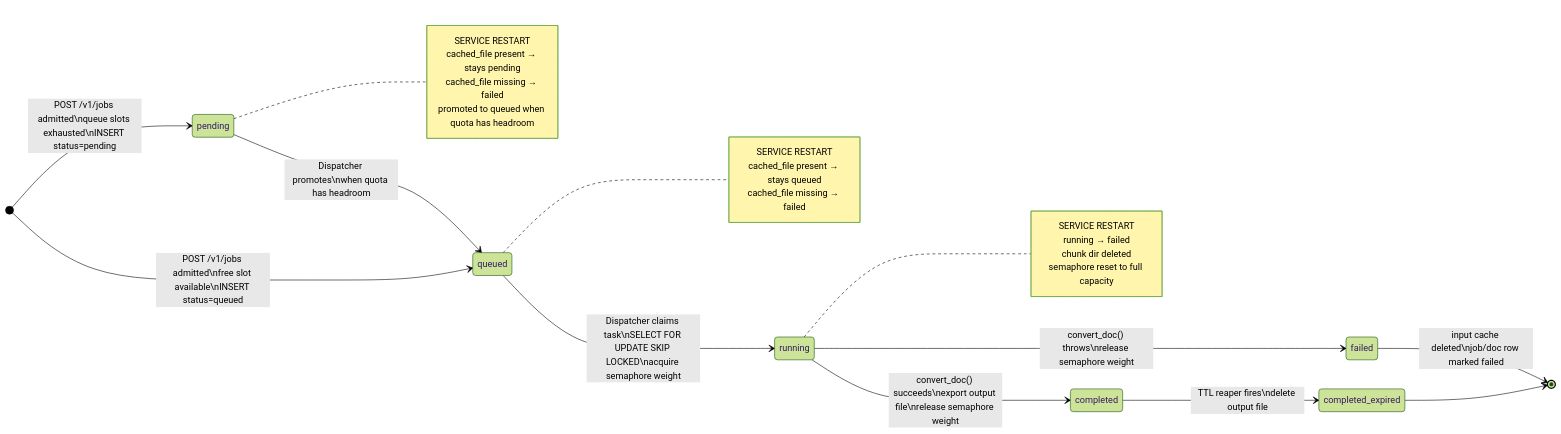
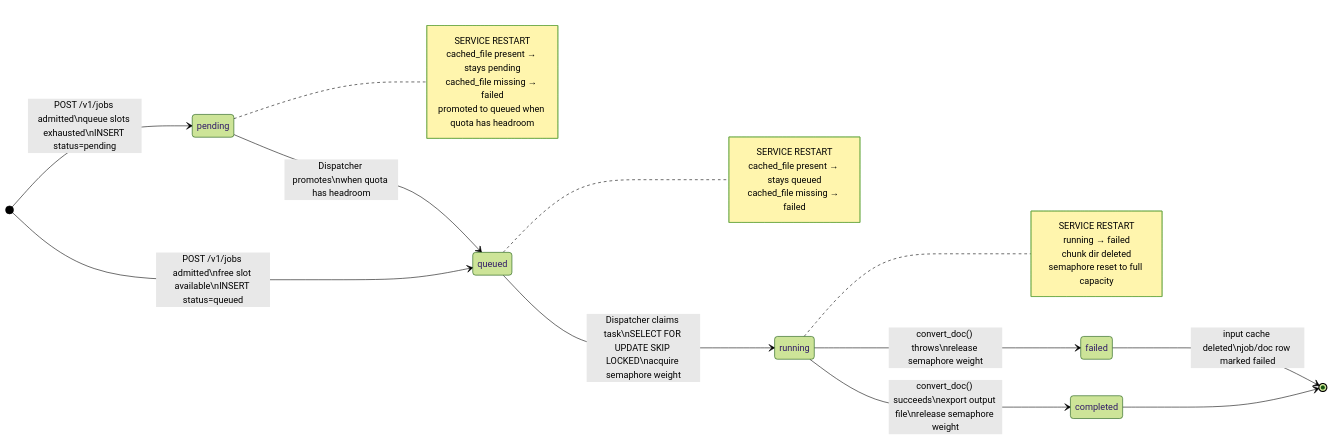
One commit to IBM/project-ai-services changed the sixth of 6 diagrams in docs/proposals/docling_conversion_queue.md. Above: the diagram before and after it, drawn with Mermaid (forest theme). The commit also changed other lines of this file, not shown here.

````diff
--- a/docs/proposals/docling_conversion_queue.md
+++ b/docs/proposals/docling_conversion_queue.md
@@ -1072,41 +1201,39 @@
 ```mermaid
 stateDiagram-v2
     direction LR
 
     [*] --> pending : POST /v1/jobs admitted\nqueue slots exhausted\nINSERT status=pending
 
     [*] --> queued : POST /v1/jobs admitted\nfree slot available\nINSERT status=queued
 
     pending --> queued : Dispatcher promotes\nwhen quota has headroom
 
     queued --> running : Dispatcher claims task\nSELECT FOR UPDATE SKIP LOCKED\nacquire semaphore weight
 
     running --> completed : convert_doc() succeeds\nexport output file\nrelease semaphore weight
 
     running --> failed : convert_doc() throws\nrelease semaphore weight
 
-    completed --> completed_expired : TTL reaper fires\ndelete output file
-
-    completed_expired --> [*]
+    completed --> [*]
     failed --> [*] : input cache deleted\njob/doc row marked failed
 
     note right of running
         SERVICE RESTART
         running → failed
         chunk dir deleted
         semaphore reset to full capacity
     end note
 
     note right of queued
         SERVICE RESTART
         cached_file present → stays queued
         cached_file missing → failed
     end note
 
     note right of pending
         SERVICE RESTART
         cached_file present → stays pending
         cached_file missing → failed
         promoted to queued when quota has headroom
     end note
 ```
````
